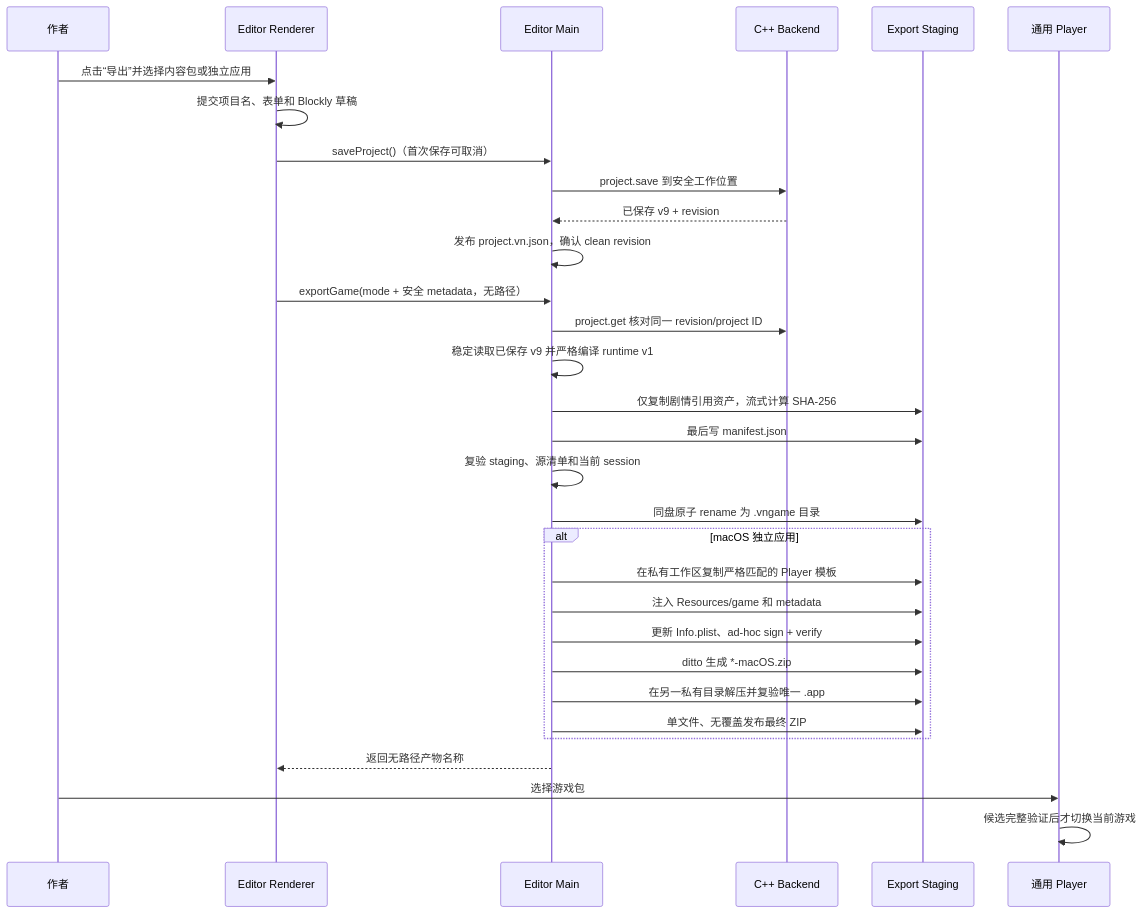
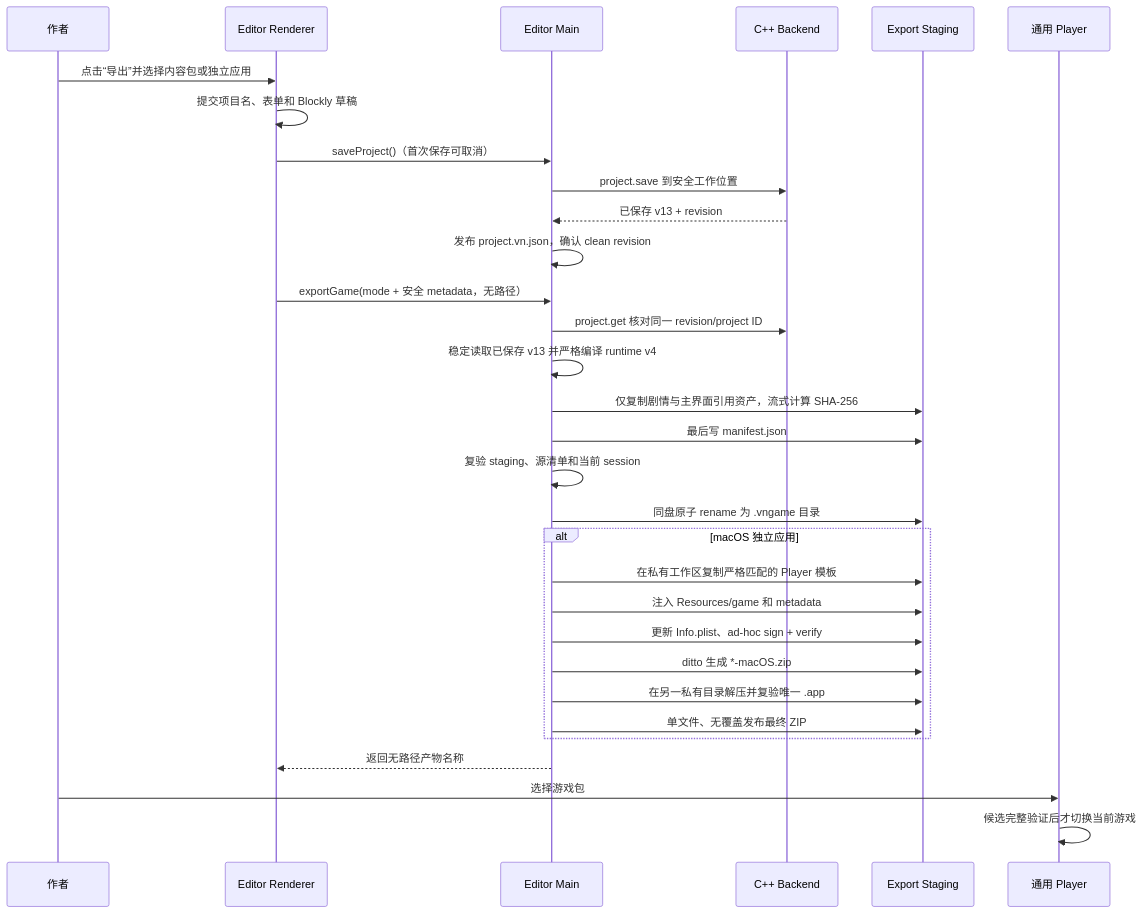
The second of 3 diagrams in docs/game-export-player.md (DarkboyRyan/Scratch-Novel-Engine), drawn with Mermaid before and after one commit. The commit also changed other lines of this file and 130 other files, not shown here.

````diff
--- a/docs/game-export-player.md
+++ b/docs/game-export-player.md
@@ -236,34 +289,34 @@
 ```mermaid
 sequenceDiagram
   participant User as 作者
   participant UI as Editor Renderer
   participant Main as Editor Main
   participant CPP as C++ Backend
   participant Stage as Export Staging
   participant Player as 通用 Player
 
   User->>UI: 点击“导出”并选择内容包或独立应用
   UI->>UI: 提交项目名、表单和 Blockly 草稿
   UI->>Main: saveProject()（首次保存可取消）
   Main->>CPP: project.save 到安全工作位置
-  CPP-->>Main: 已保存 v9 + revision
+  CPP-->>Main: 已保存 v13 + revision
   Main->>Main: 发布 project.vn.json，确认 clean revision
   UI->>Main: exportGame(mode + 安全 metadata，无路径）
   Main->>CPP: project.get 核对同一 revision/project ID
-  Main->>Main: 稳定读取已保存 v9 并严格编译 runtime v1
-  Main->>Stage: 仅复制剧情引用资产，流式计算 SHA-256
+  Main->>Main: 稳定读取已保存 v13 并严格编译 runtime v4
+  Main->>Stage: 仅复制剧情与主界面引用资产，流式计算 SHA-256
   Main->>Stage: 最后写 manifest.json
   Main->>Main: 复验 staging、源清单和当前 session
   Main->>Stage: 同盘原子 rename 为 .vngame 目录
   alt macOS 独立应用
     Main->>Stage: 在私有工作区复制严格匹配的 Player 模板
     Main->>Stage: 注入 Resources/game 和 metadata
     Main->>Stage: 更新 Info.plist、ad-hoc sign + verify
     Main->>Stage: ditto 生成 *-macOS.zip
     Main->>Stage: 在另一私有目录解压并复验唯一 .app
     Main->>Stage: 单文件、无覆盖发布最终 ZIP
   end
   Main-->>UI: 返回无路径产物名称
   User->>Player: 选择游戏包
   Player->>Player: 候选完整验证后才切换当前游戏
 ```
````
